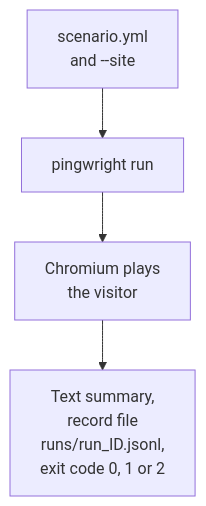
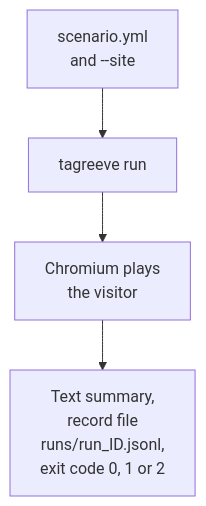
One commit to alfhen/pingwright changed the diagram in docs/guide/first-run.md. Above: the diagram before and after it, drawn with Mermaid. The commit also changed other lines of this file and 174 other files, not shown here.

First line of the commit message:
Rename Pingwright to Tagreeve

````diff
--- a/docs/guide/first-run.md
+++ b/docs/guide/first-run.md
@@ -49,6 +49,6 @@
 ```mermaid
 flowchart TB
-  a["scenario.yml<br/>and --site"] --> b["pingwright run"]
+  a["scenario.yml<br/>and --site"] --> b["tagreeve run"]
   b --> c["Chromium plays<br/>the visitor"]
   c --> d["Text summary,<br/>record file<br/>runs/run_ID.jsonl,<br/>exit code 0, 1 or 2"]
 ```
````
